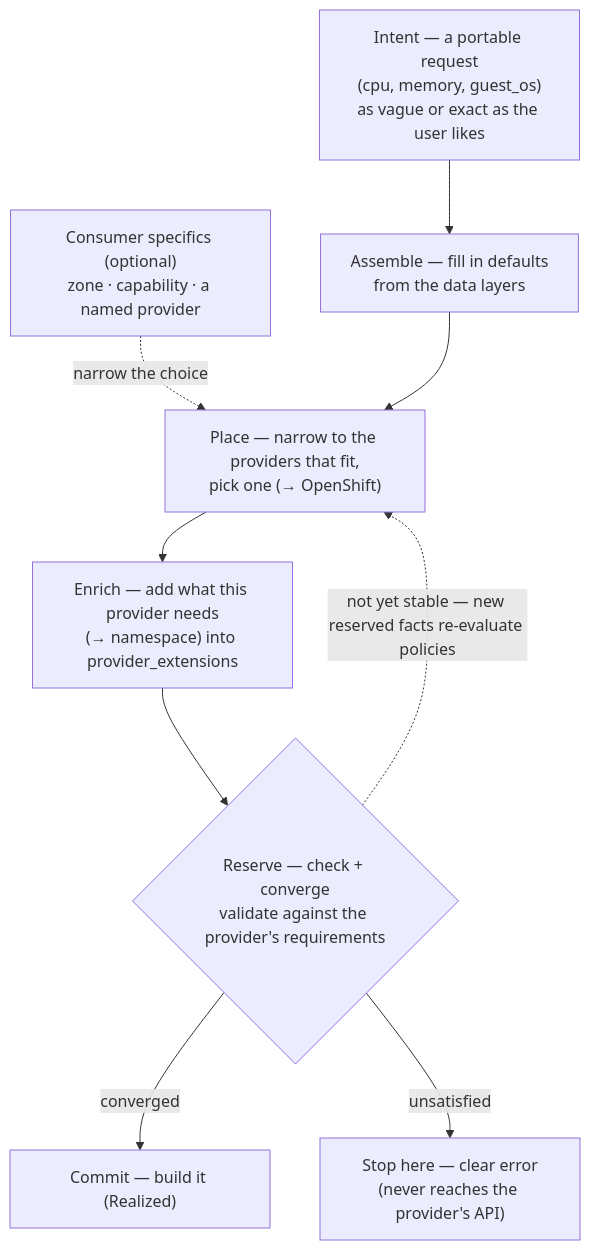
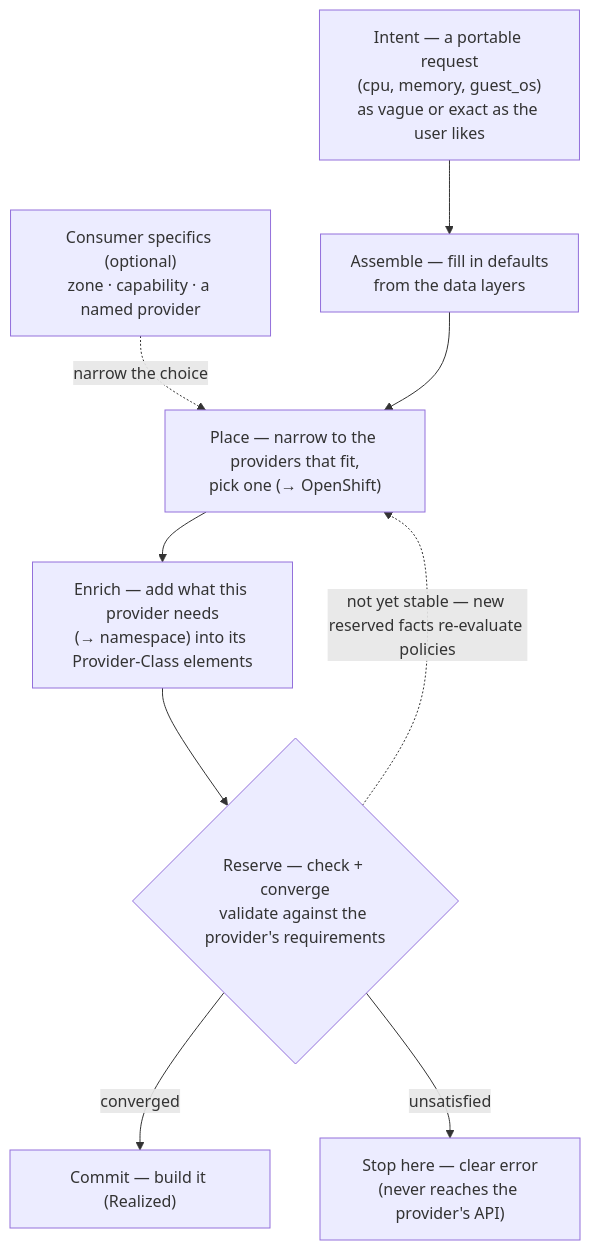
One commit to croadfeldt/udlm changed the diagram in docs/flows/request-realization.md. Above: the diagram before and after it, drawn with Mermaid. The commit also changed other lines of this file and 10 other files, not shown here.

First line of the commit message:
feat: retire provider_extensions — no interim support (executes #202)

````diff
--- a/docs/flows/request-realization.md
+++ b/docs/flows/request-realization.md
@@ -34,12 +34,12 @@
 ```mermaid
 flowchart TD
   I["Intent — a portable request<br/>(cpu, memory, guest_os)<br/>as vague or exact as the user likes"] --> A
   CC["Consumer specifics (optional)<br/>zone · capability · a named provider"] -.->|narrow the choice| P
   A["Assemble — fill in defaults<br/>from the data layers"] --> P
   P["Place — narrow to the providers that fit,<br/>pick one (→ OpenShift)"] --> E
-  E["Enrich — add what this provider needs<br/>(→ namespace) into provider_extensions"] --> R
+  E["Enrich — add what this provider needs<br/>(→ namespace) into its Provider-Class elements"] --> R
   R{"Reserve — check + converge<br/>validate against the provider's requirements"}
   R -. "not yet stable — new reserved facts re-evaluate policies" .-> P
   R -- converged --> C["Commit — build it (Realized)"]
   R -- unsatisfied --> F["Stop here — clear error<br/>(never reaches the provider's API)"]
 ```
````
